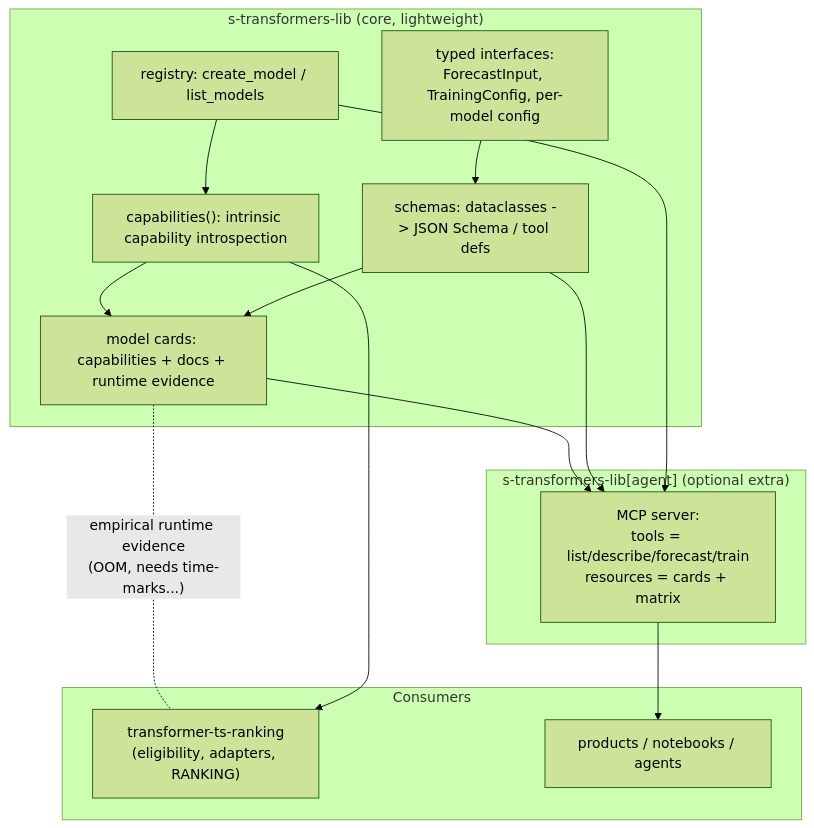
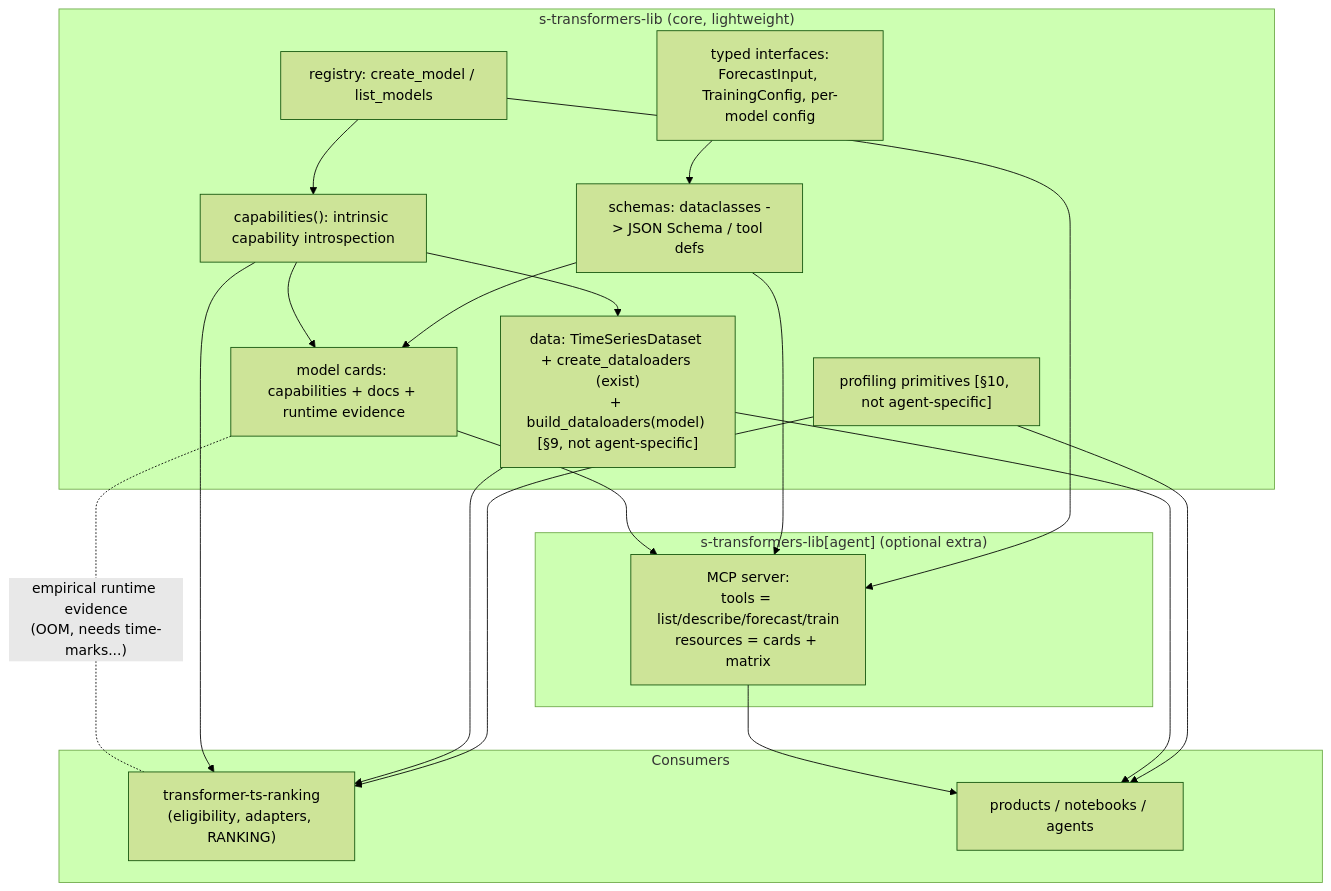
Before and after one commit to JJavier98/transformer-ts-ranking: the diagram in docs/agentic_integration_design.md, drawn with Mermaid (forest theme). The commit also changed other lines of this file, not shown here.

First line of the commit message:
docs(integration-design): add data-loading + profiling components (non-agent-specific)

````diff
--- a/docs/agentic_integration_design.md
+++ b/docs/agentic_integration_design.md
@@ -73,30 +80,37 @@
 ```mermaid
 flowchart TB
     subgraph LIB["s-transformers-lib (core, lightweight)"]
         REG["registry: create_model / list_models"]
         TYPES["typed interfaces:\nForecastInput, TrainingConfig, per-model config"]
         CAP["capabilities(): intrinsic capability introspection"]
         SCHEMA["schemas: dataclasses -> JSON Schema / tool defs"]
         CARDS["model cards: capabilities + docs + runtime evidence"]
+        DATA["data: TimeSeriesDataset + create_dataloaders (exist)\n+ build_dataloaders(model) [§9, not agent-specific]"]
+        PROF["profiling primitives [§10, not agent-specific]"]
     end
 
     subgraph AGENT["s-transformers-lib[agent] (optional extra)"]
         MCP["MCP server:\ntools = list/describe/forecast/train\nresources = cards + matrix"]
     end
 
     subgraph CONSUMERS["Consumers"]
         BENCH["transformer-ts-ranking\n(eligibility, adapters, RANKING)"]
         PROD["products / notebooks / agents"]
     end
 
     TYPES --> SCHEMA
     REG --> CAP
     CAP --> CARDS
     SCHEMA --> CARDS
     CARDS --> MCP
     SCHEMA --> MCP
     REG --> MCP
     CARDS -. "empirical runtime evidence\n(OOM, needs time-marks...)" .- BENCH
     MCP --> PROD
     CAP --> BENCH
+    CAP --> DATA
+    DATA --> BENCH
+    DATA --> PROD
+    PROF --> BENCH
+    PROF --> PROD
 ```
````
